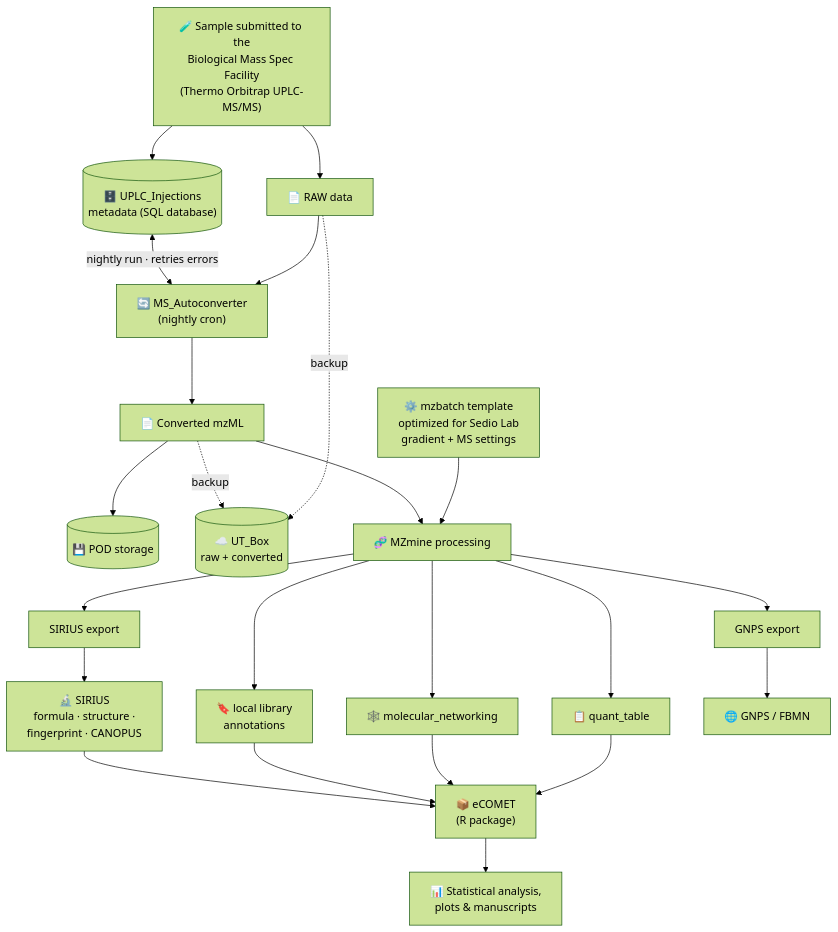
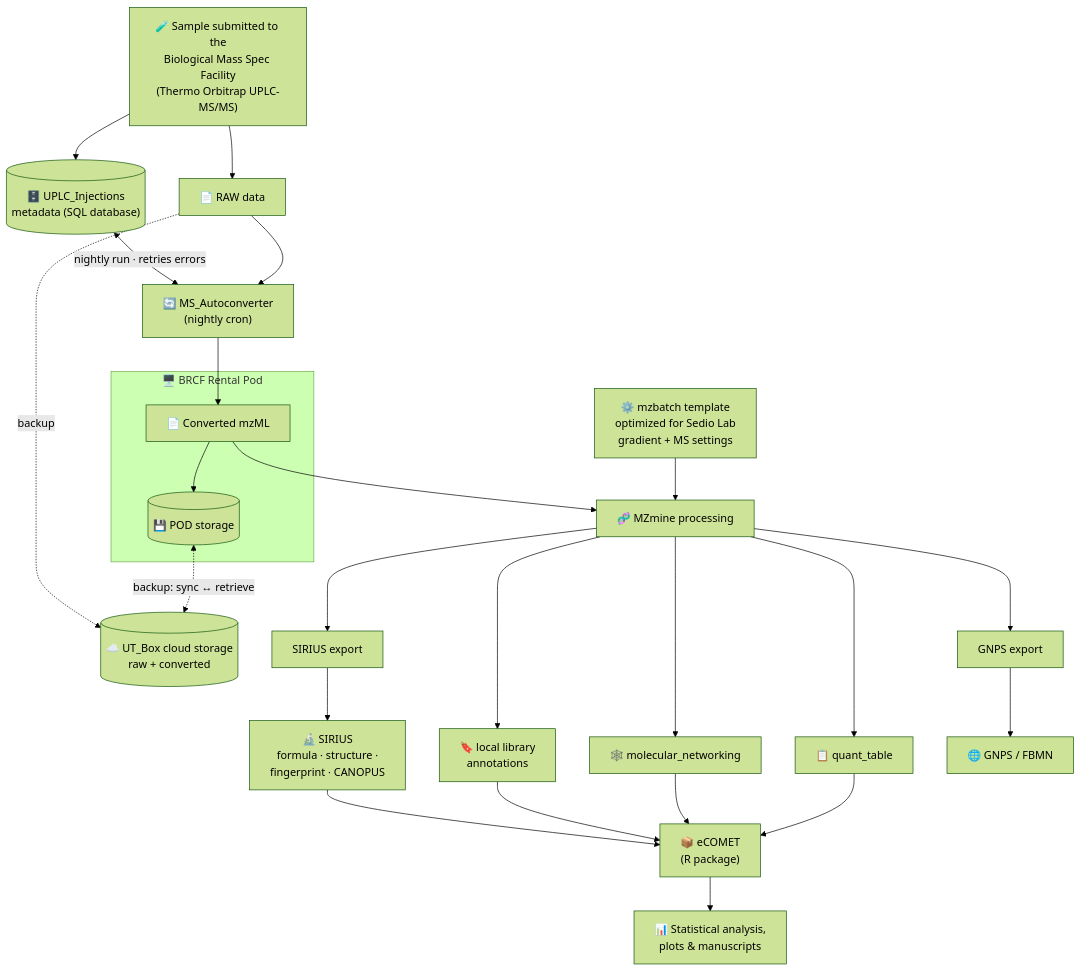
One commit to dale-forrister/UT_Metabolomics_Pipeline changed the diagram in README.md. Above: the diagram before and after it, drawn with Mermaid (forest theme).

Commit message:
README diagram: group Converted mzML + POD storage in a BRCF Rental Pod box; make UT_Box backup a bidirectional sync/retrieve cycle

````diff
--- a/README.md
+++ b/README.md
@@ -28,30 +28,37 @@
 ```mermaid
 flowchart TB
     SAMPLE["🧪 Sample submitted to the<br/>Biological Mass Spec Facility<br/>(Thermo Orbitrap UPLC-MS/MS)"]
     SAMPLE --> RAW["📄 RAW data"]
     SAMPLE --> INJ[("🗄️ UPLC_Injections<br/>metadata (SQL database)")]
 
     RAW --> AUTO["🔄 MS_Autoconverter<br/>(nightly cron)"]
     INJ <-->|"nightly run · retries errors"| AUTO
-    AUTO --> MZML["📄 Converted mzML"]
-    MZML --> POD[("💾 POD storage")]
-    RAW -. backup .-> BOX[("☁️ UT_Box<br/>raw + converted")]
-    MZML -. backup .-> BOX
+    AUTO --> MZML
+
+    subgraph PODENV ["🖥️ BRCF Rental Pod"]
+        MZML["📄 Converted mzML"]
+        POD[("💾 POD storage")]
+        MZML --> POD
+    end
+
+    BOX[("☁️ UT_Box cloud storage<br/>raw + converted")]
+    POD <-. "backup: sync ↔ retrieve" .-> BOX
+    RAW -. backup .-> BOX
 
     TPL["⚙️ mzbatch template<br/>optimized for Sedio Lab<br/>gradient + MS settings"] --> MZ
     MZML --> MZ["🧬 MZmine processing"]
     MZ --> QT["📋 quant_table"]
     MZ --> MN["🕸️ molecular_networking"]
     MZ --> GX["GNPS export"]
     MZ --> SX["SIRIUS export"]
     MZ --> LIB["🔖 local library<br/>annotations"]
 
     SX --> SIRIUS["🔬 SIRIUS<br/>formula · structure ·<br/>fingerprint · CANOPUS"]
     GX --> GNPS["🌐 GNPS / FBMN"]
 
     QT --> ECO["📦 eCOMET<br/>(R package)"]
     MN --> ECO
     LIB --> ECO
     SIRIUS --> ECO
     ECO --> FINAL["📊 Statistical analysis,<br/>plots & manuscripts"]
 ```
````
